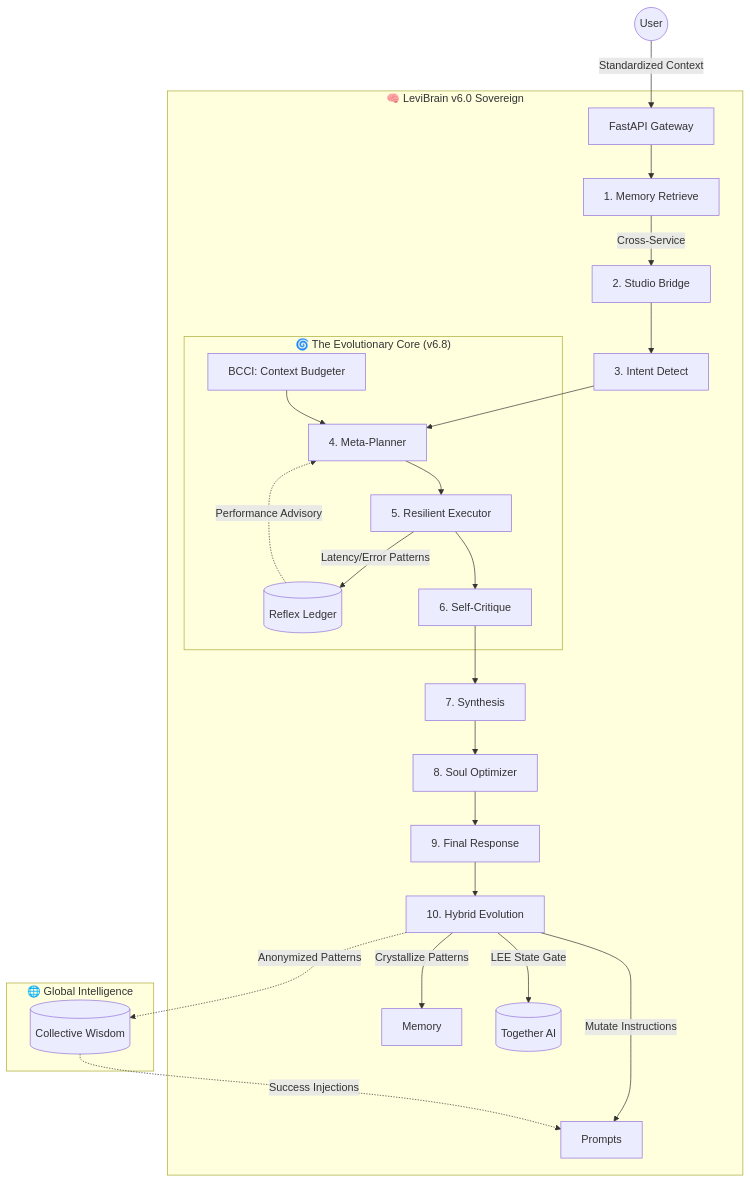
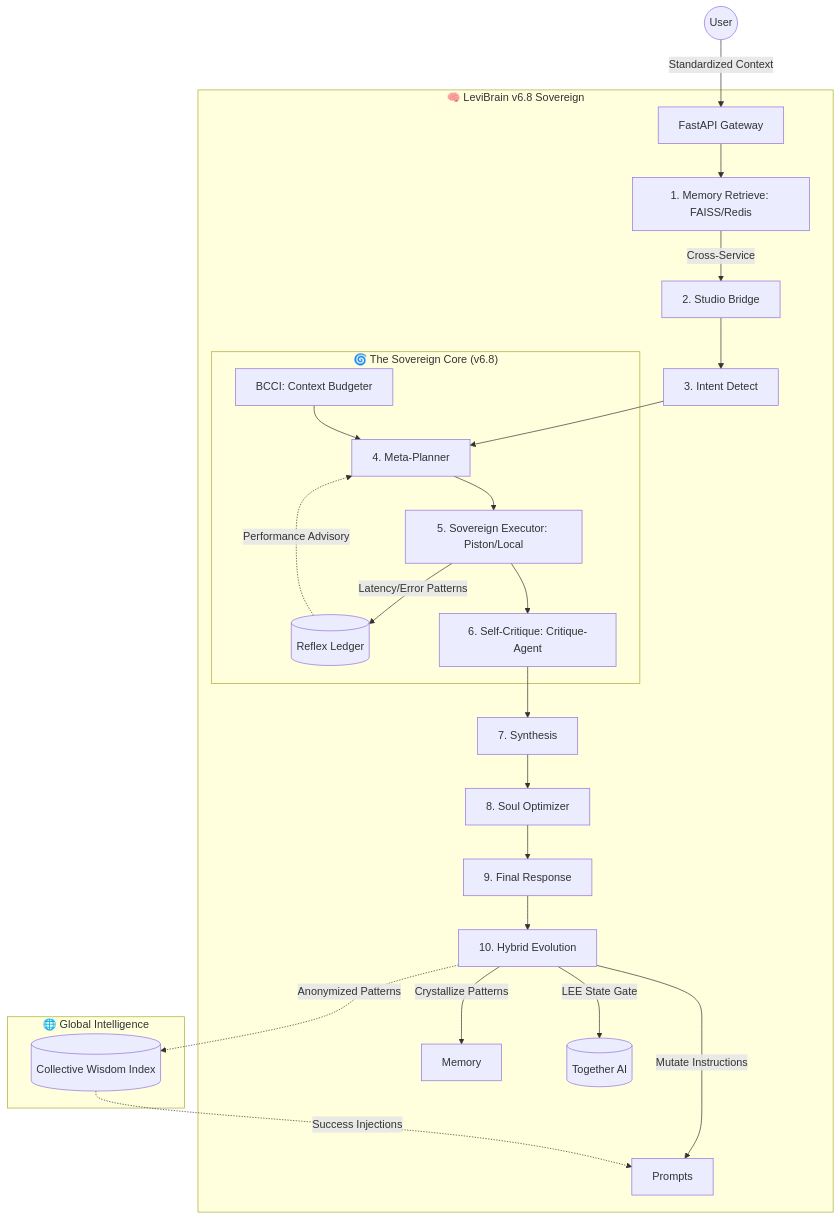
The diagram in README.md (Blackdrg/levi-ai-innovate), drawn with Mermaid before and after one commit. The commit also changed other lines of this file and 11 other files, not shown here.

````diff
--- a/README.md
+++ b/README.md
@@ -30,33 +31,33 @@
 ```mermaid
 graph TD
     User((User)) -->|Standardized Context| GW[FastAPI Gateway]
 
-    subgraph Brain ["🧠 LeviBrain v6.0 Sovereign"]
-        GW --> Mem[1. Memory Retrieve]
+    subgraph Brain ["🧠 LeviBrain v6.8 Sovereign"]
+        GW --> Mem[1. Memory Retrieve: FAISS/Redis]
         Mem -->|Cross-Service| Bridge[2. Studio Bridge]
         Bridge --> Int[3. Intent Detect]
         Int --> Meta[4. Meta-Planner]
         
-        subgraph Evolution ["🌀 The Evolutionary Core (v6.8)"]
+        subgraph Evolution ["🌀 The Sovereign Core (v6.8)"]
             Ledger[(Reflex Ledger)] -.->|Performance Advisory| Meta
             BCCI[BCCI: Context Budgeter] --> Meta
-            Meta --> Exec[5. Resilient Executor]
+            Meta --> Exec[5. Sovereign Executor: Piston/Local]
             Exec -->|Latency/Error Patterns| Ledger
-            Exec --> Val[6. Self-Critique]
+            Exec --> Val[6. Self-Critique: Critique-Agent]
         end
 
         Val --> Synth[7. Synthesis]
         Synth --> Opt[8. Soul Optimizer]
         Opt --> Out[9. Final Response]
         
         Out --> Learn[10. Hybrid Evolution]
         Learn -->|Crystallize Patterns| Memory
         Learn -->|LEE State Gate| FineTune[(Together AI)]
         Learn -->|Mutate Instructions| Prompts
     end
 
     subgraph Collective ["🌐 Global Intelligence"]
-        Learn -.->|Anonymized Patterns| Shared[(Collective Wisdom)]
+        Learn -.->|Anonymized Patterns| Shared[(Collective Wisdom Index)]
         Shared -.->|Success Injections| Prompts
     end
 ```
````
